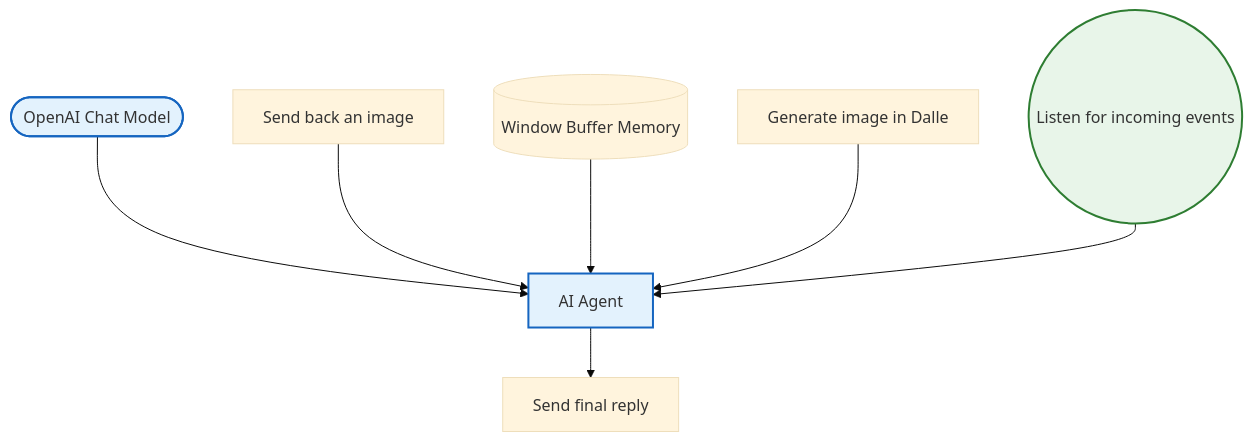
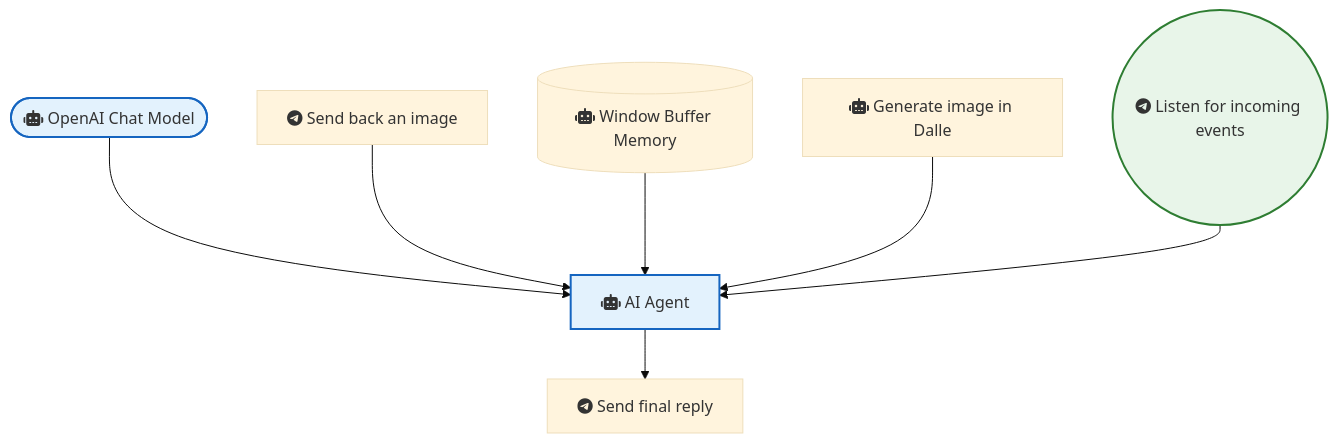
One commit to sreyash3105/N8N-DEMO-AUTOMATIONS changed the diagram in Telegram/Agentic Telegram Ai Bot with Langchain Nodes and New Tools.md. Above: the diagram before and after it, drawn with Mermaid (base theme). The commit also changed 291 other files, not shown here.

````diff
--- a/Telegram/Agentic Telegram Ai Bot with Langchain Nodes and New Tools.md
+++ b/Telegram/Agentic Telegram Ai Bot with Langchain Nodes and New Tools.md
@@ -1,21 +1,21 @@
 ```mermaid
 graph TD
     classDef trigger fill:#e8f5e9,stroke:#2e7d32,stroke-width:2px;
     classDef ai fill:#e3f2fd,stroke:#1565c0,stroke-width:2px;
     classDef logic fill:#fff3e0,stroke:#ef6c00,stroke-width:2px;
 
-    OpenAI_Chat_Model(["OpenAI Chat Model"]):::ai
-    Window_Buffer_Memory[("Window Buffer Memory")]
-    Listen_for_incoming_events(("Listen for incoming events")):::trigger
-    Send_final_reply["Send final reply"]
-    Send_back_an_image["Send back an image"]
-    Generate_image_in_Dalle["Generate image in Dalle"]
-    AI_Agent["AI Agent"]:::ai
+    OpenAI_Chat_Model(["fas:fa-robot OpenAI Chat Model"]):::ai
+    Window_Buffer_Memory[("fas:fa-robot Window Buffer Memory")]
+    Listen_for_incoming_events(("fab:fa-telegram Listen for incoming events")):::trigger
+    Send_final_reply["fab:fa-telegram Send final reply"]
+    Send_back_an_image["fab:fa-telegram Send back an image"]
+    Generate_image_in_Dalle["fas:fa-robot Generate image in Dalle"]
+    AI_Agent["fas:fa-robot AI Agent"]:::ai
 
     AI_Agent --> Send_final_reply
     OpenAI_Chat_Model --> AI_Agent
     Send_back_an_image --> AI_Agent
     Window_Buffer_Memory --> AI_Agent
     Generate_image_in_Dalle --> AI_Agent
     Listen_for_incoming_events --> AI_Agent
 ```
````
